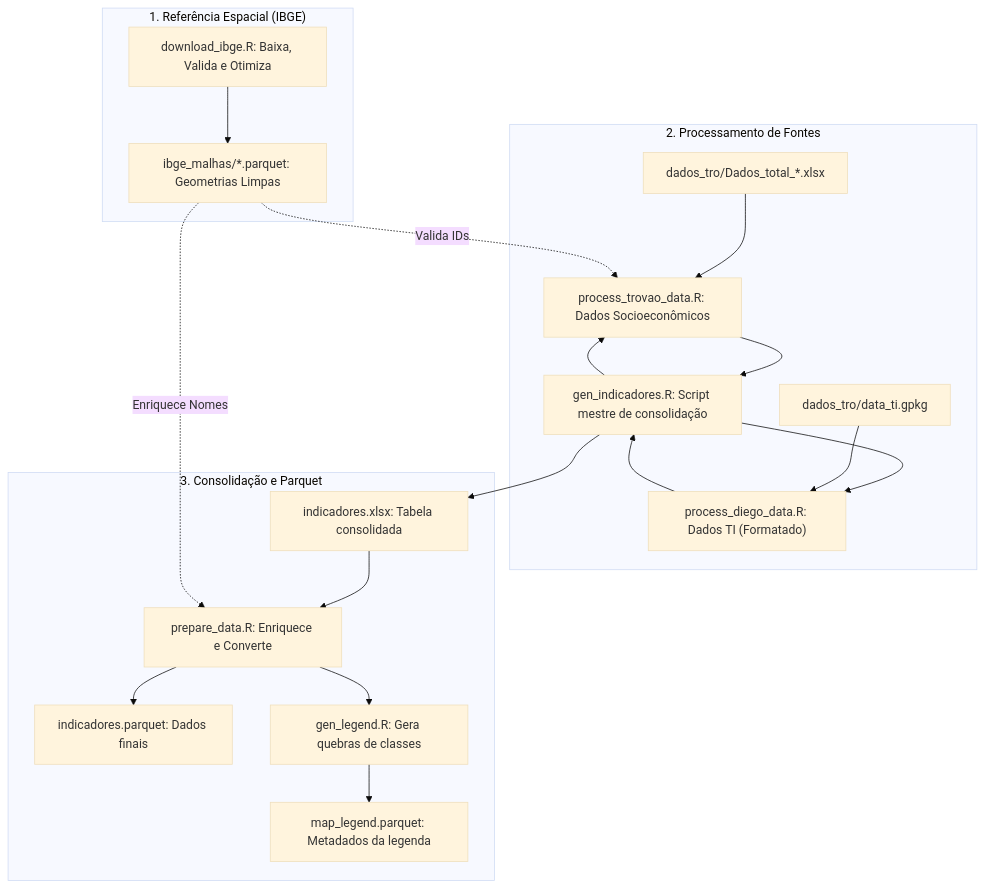
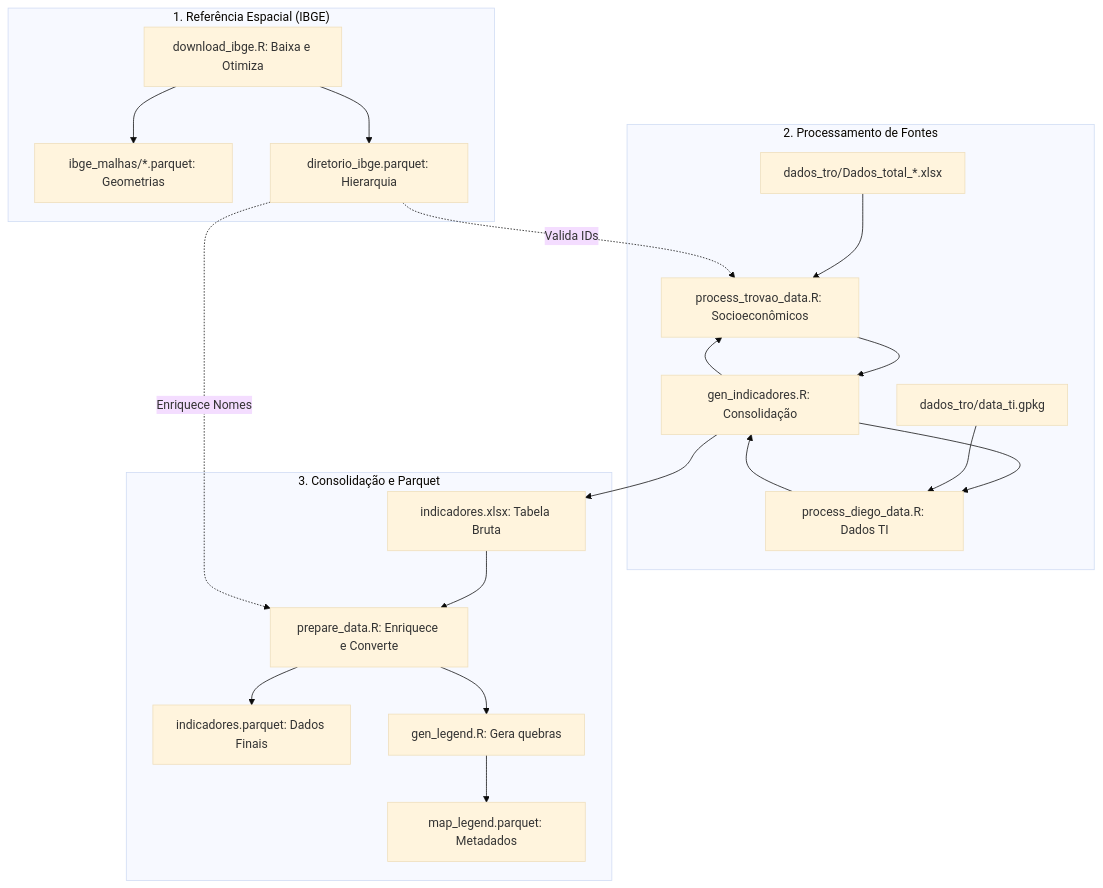
One commit to inct-labplan/shiny-it changed the first of 2 diagrams in README.md. Above: the diagram before and after it, drawn with Mermaid (base theme). The commit also changed other lines of this file and 7 other files, not shown here.

````diff
--- a/README.md
+++ b/README.md
@@ -30,41 +29,42 @@
 ```mermaid
 graph TD
     subgraph SG1 ["1. Referência Espacial (IBGE)"]
-        D_IBGE["download_ibge.R: Baixa, Valida e Otimiza"]
-        MALHAS["ibge_malhas/*.parquet: Geometrias Limpas"]
+        D_IBGE["download_ibge.R: Baixa e Otimiza"]
+        MALHAS["ibge_malhas/*.parquet: Geometrias"]
+        DIR["diretorio_ibge.parquet: Hierarquia"]
         D_IBGE --> MALHAS
+        D_IBGE --> DIR
     end
 
     subgraph SG2 ["2. Processamento de Fontes"]
-        GEN["gen_indicadores.R: Script mestre de consolidação"]
-        P_DIEGO["process_diego_data.R: Dados TI (Formatado)"]
-        P_TROVAO["process_trovao_data.R: Dados Socioeconômicos"]
+        GEN["gen_indicadores.R: Consolidação"]
+        P_DIEGO["process_diego_data.R: Dados TI"]
+        P_TROVAO["process_trovao_data.R: Socioeconômicos"]
         
         IN_TI["dados_tro/data_ti.gpkg"]
         IN_SOCIO["dados_tro/Dados_total_*.xlsx"]
 
         GEN --> P_DIEGO
         GEN --> P_TROVAO
-        
         IN_TI --> P_DIEGO
         IN_SOCIO --> P_TROVAO
-        MALHAS -.->|Valida IDs| P_TROVAO
+        DIR -.->|Valida IDs| P_TROVAO
     end
 
     subgraph SG3 ["3. Consolidação e Parquet"]
-        XLSX["indicadores.xlsx: Tabela consolidada"]
+        XLSX["indicadores.xlsx: Tabela Bruta"]
         PREP["prepare_data.R: Enriquece e Converte"]
-        PARQUET["indicadores.parquet: Dados finais"]
-        LEG_GEN["gen_legend.R: Gera quebras de classes"]
-        LEG_PQ["map_legend.parquet: Metadados da legenda"]
+        PARQUET["indicadores.parquet: Dados Finais"]
+        LEG_GEN["gen_legend.R: Gera quebras"]
+        LEG_PQ["map_legend.parquet: Metadados"]
 
         P_DIEGO --> GEN
         P_TROVAO --> GEN
         GEN --> XLSX
         XLSX --> PREP
-        MALHAS -.->|Enriquece Nomes| PREP
+        DIR -.->|Enriquece Nomes| PREP
         PREP --> PARQUET
         PREP --> LEG_GEN
         LEG_GEN --> LEG_PQ
     end
 ```
````
